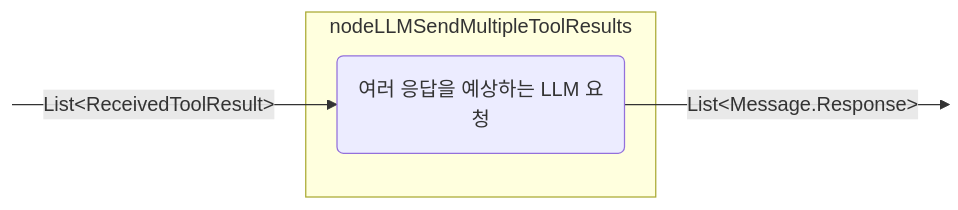
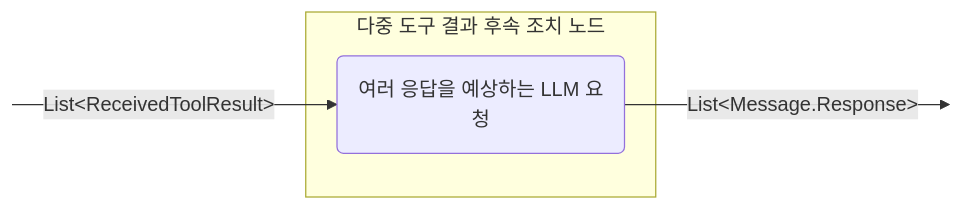
Before and after one commit to BinaryTape/Open-Docs: diagram 14 of 15 in docs/ko/koog/nodes-and-components.md, drawn with Mermaid. The commit also changed other lines of this file and 164 other files, not shown here.

````diff
--- a/docs/ko/koog/nodes-and-components.md
+++ b/docs/ko/koog/nodes-and-components.md
@@ -791,13 +790,13 @@
 ```mermaid
 graph LR
     in:::hidden
     out:::hidden
     
-    subgraph node ["nodeLLMSendMultipleToolResults"]
+    subgraph node ["다중 도구 결과 후속 조치 노드"]
         execute(여러 응답을 예상하는 LLM 요청)
     end
     
     in -- "List&lt;ReceivedToolResult&gt;" --> execute -- "List&lt;Message.Response&gt;" --> out
 
     classDef hidden display: none;
 ```
````
